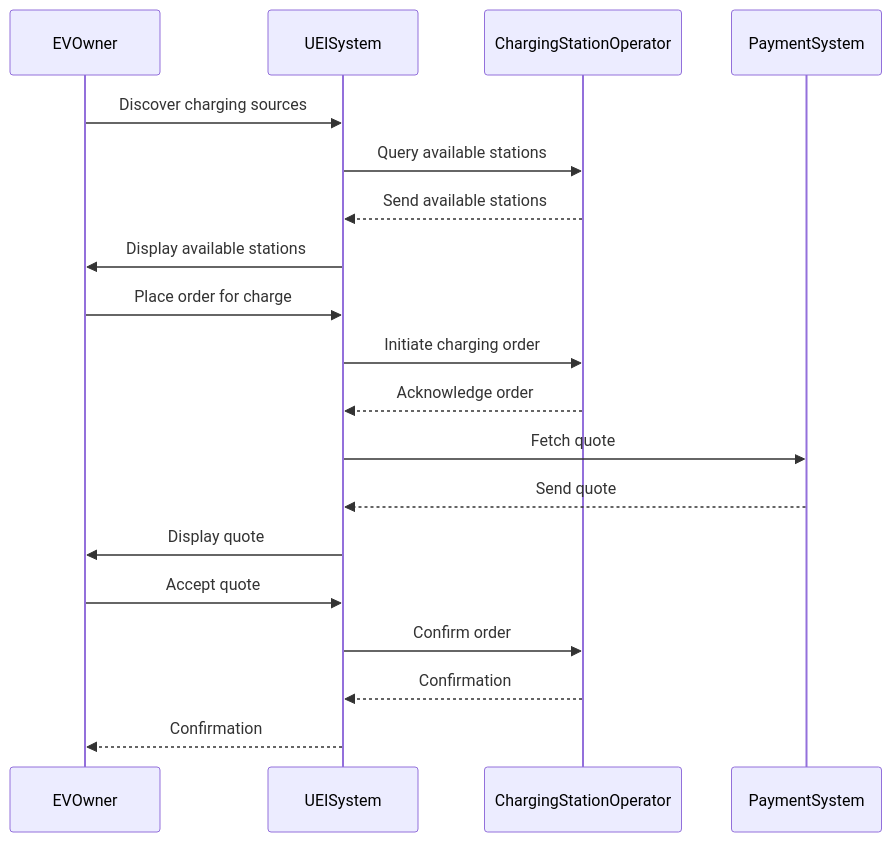
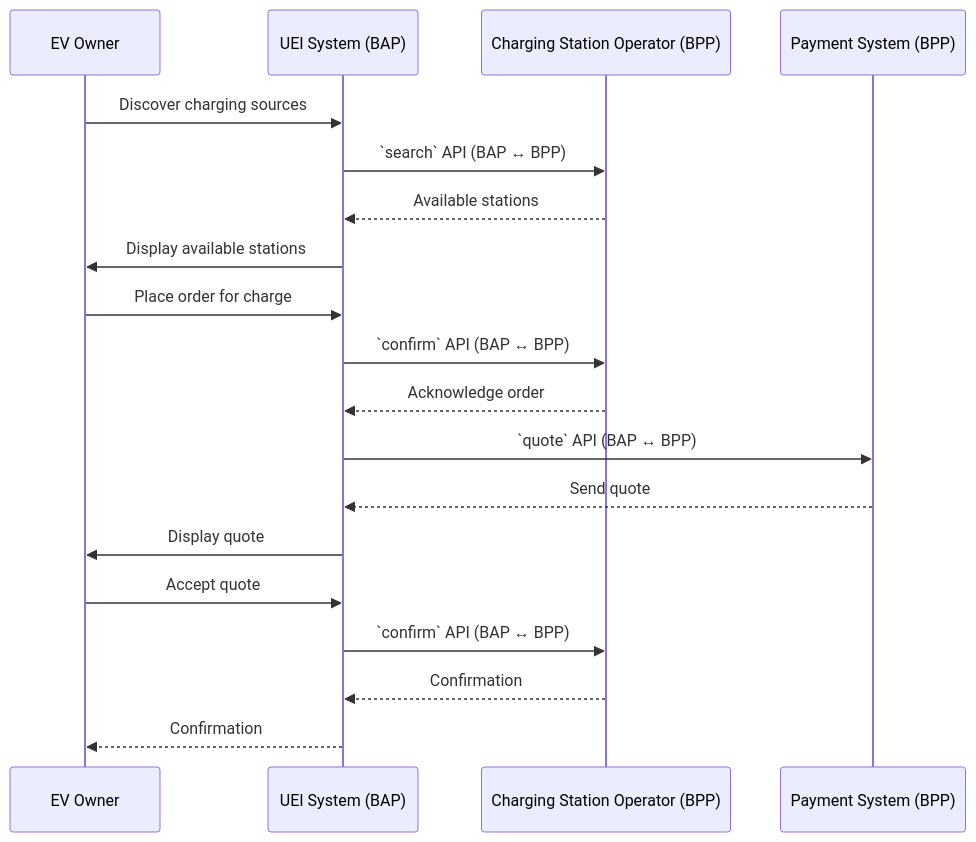
One commit to Beckn-One/DEG changed the second of 4 diagrams in docs/ev-charging.md. Above: the diagram before and after it, drawn with Mermaid. The commit also changed other lines of this file, not shown here.

Commit message:
diagrams

````diff
--- a/docs/ev-charging.md
+++ b/docs/ev-charging.md
@@ -594,17 +608,24 @@
 ```mermaid
 sequenceDiagram
-EVOwner ->> UEISystem: Discover charging sources 
-UEISystem ->> ChargingStationOperator: Query available stations 
-ChargingStationOperator -->> UEISystem: Send available stations 
-UEISystem ->> EVOwner: Display available stations
-EVOwner ->> UEISystem: Place order for charge 
-UEISystem ->> ChargingStationOperator: Initiate charging order
-ChargingStationOperator -->> UEISystem: Acknowledge order 
-UEISystem ->> PaymentSystem: Fetch quote 
-PaymentSystem -->> UEISystem: Send quote 
-UEISystem ->> EVOwner: Display quote 
-EVOwner ->> UEISystem: Accept quote 
-UEISystem ->> ChargingStationOperator: Confirm order
-ChargingStationOperator -->> UEISystem: Confirmation 
-UEISystem -->> EVOwner: Confirmation
+participant EV as EV Owner
+participant UI as UEI System (BAP)
+participant CSO as Charging Station Operator (BPP)
+participant PS as Payment System (BPP)
+
+EV ->> UI: Discover charging sources
+UI ->> CSO: `search` API (BAP ↔ BPP)
+CSO -->> UI: Available stations
+UI ->> EV: Display available stations
+
+EV ->> UI: Place order for charge
+UI ->> CSO: `confirm` API (BAP ↔ BPP)
+CSO -->> UI: Acknowledge order
+
+UI ->> PS: `quote` API (BAP ↔ BPP)
+PS -->> UI: Send quote
+UI ->> EV: Display quote
+EV ->> UI: Accept quote
+UI ->> CSO: `confirm` API (BAP ↔ BPP)
+CSO -->> UI: Confirmation
+UI -->> EV: Confirmation
 ```
````
